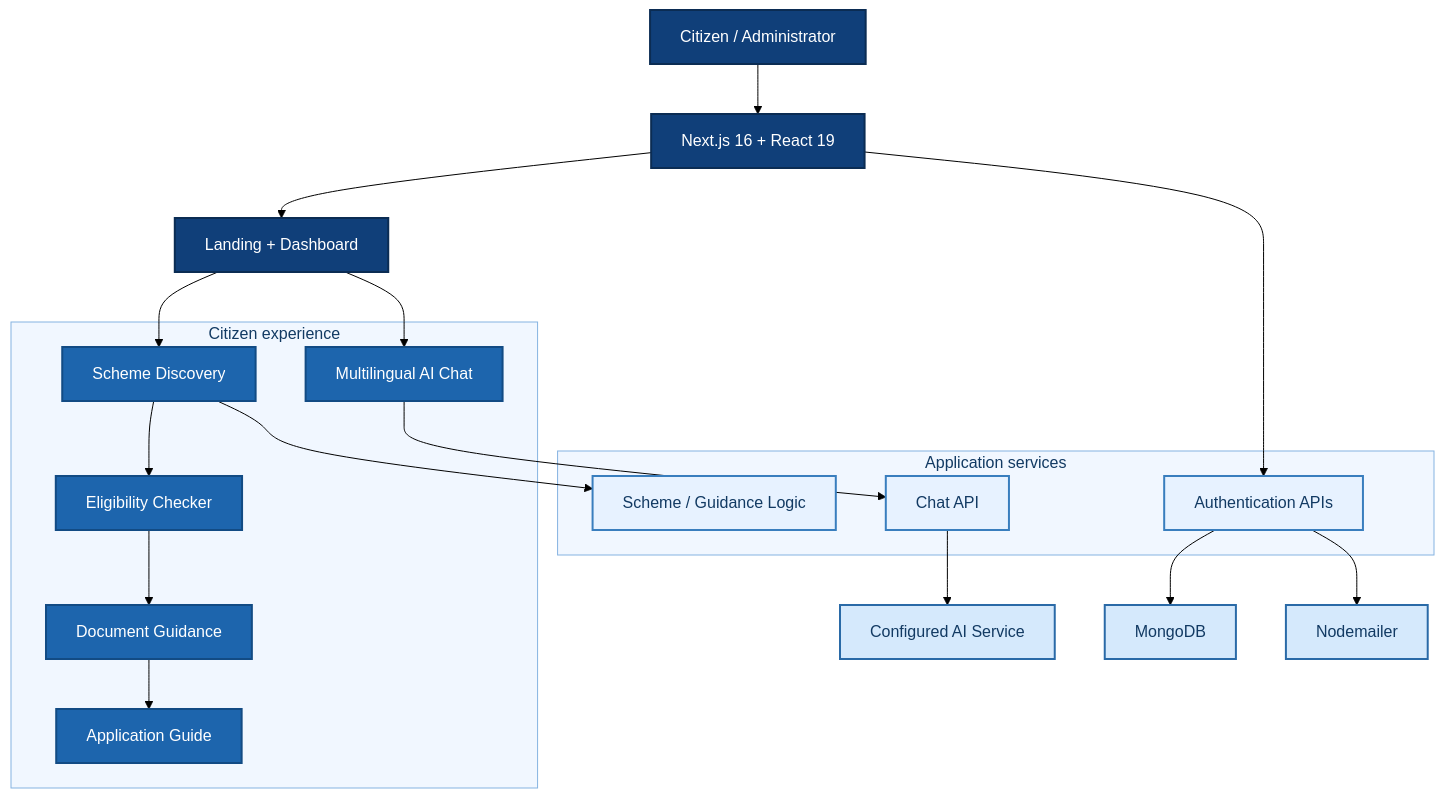
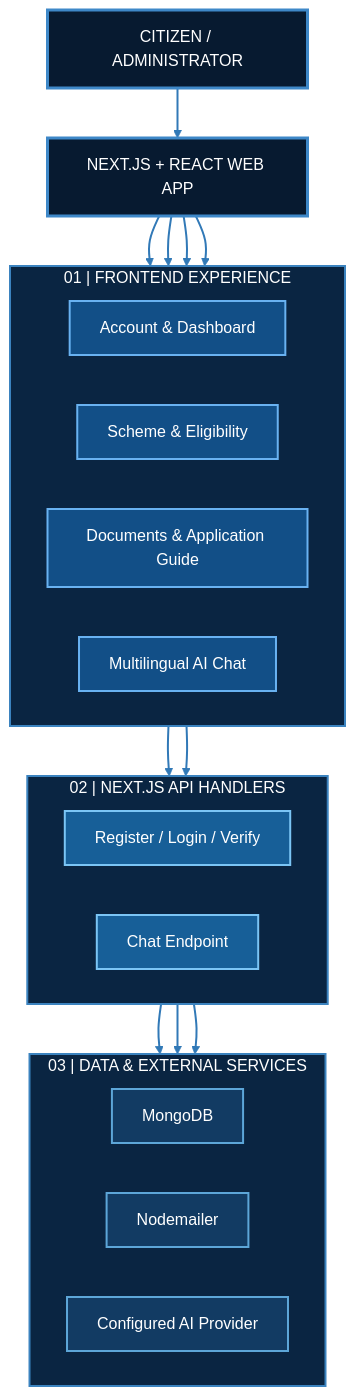
The first of 3 diagrams in README.md (ImmrAD/lokseva-mitra), drawn with Mermaid (forest theme) before and after one commit. The commit also changed other lines of this file, not shown here.

Commit message:
Refactor architecture diagrams and user journey flow in README.md for clarity and improved user guidance

````diff
--- a/README.md
+++ b/README.md
@@ -46,43 +46,50 @@
 ```mermaid
 flowchart TB
-    U["Citizen / Administrator"] --> UI["Next.js 16 + React 19"]
-    UI --> DASH["Landing + Dashboard"]
+    USER["CITIZEN / ADMINISTRATOR"] --> WEB["NEXT.JS + REACT WEB APP"]
 
-    subgraph EXPERIENCE["Citizen experience"]
-        SCHEME["Scheme Discovery"]
-        ELIG["Eligibility Checker"]
-        DOC["Document Guidance"]
-        GUIDE["Application Guide"]
-        CHAT["Multilingual AI Chat"]
+    subgraph FRONTEND["01  |  FRONTEND EXPERIENCE"]
+      direction LR
+      ACCOUNT["Account & Dashboard"]
+      SCHEMES["Scheme & Eligibility"]
+      GUIDE["Documents & Application Guide"]
+      CHAT["Multilingual AI Chat"]
     end
 
-    DASH --> SCHEME
-    SCHEME --> ELIG
-    ELIG --> DOC
-    DOC --> GUIDE
-    DASH --> CHAT
+    WEB --> ACCOUNT
+    WEB --> SCHEMES
+    WEB --> GUIDE
+    WEB --> CHAT
 
-    subgraph SERVER["Application services"]
-        AUTH["Authentication APIs"]
-        CHATAPI["Chat API"]
-        INFO["Scheme / Guidance Logic"]
+    subgraph HANDLERS["02  |  NEXT.JS API HANDLERS"]
+      direction LR
+      AUTH["Register / Login / Verify"]
+      CHATAPI["Chat Endpoint"]
     end
 
-    UI --> AUTH
+    ACCOUNT --> AUTH
     CHAT --> CHATAPI
-    SCHEME --> INFO
-    AUTH --> DB["MongoDB"]
-    AUTH --> EMAIL["Nodemailer"]
-    CHATAPI --> AI["Configured AI Service"]
 
-    classDef dark fill:#103F79,stroke:#0B2C53,stroke-width:2px,color:#FFFFFF;
-    classDef blue fill:#1D65AD,stroke:#124B84,stroke-width:2px,color:#FFFFFF;
-    classDef light fill:#E7F2FF,stroke:#397EBE,stroke-width:2px,color:#123A63;
-    classDef external fill:#D5E9FC,stroke:#2A6AA7,stroke-width:2px,color:#123A63;
-    class U,UI,DASH dark;
-    class SCHEME,ELIG,DOC,GUIDE,CHAT blue;
-    class AUTH,CHATAPI,INFO light;
-    class DB,EMAIL,AI external;
-    style EXPERIENCE fill:#F1F7FF,stroke:#85B3E1,color:#123A63
-    style SERVER fill:#F1F7FF,stroke:#85B3E1,color:#123A63
+    subgraph SERVICES["03  |  DATA & EXTERNAL SERVICES"]
+      direction LR
+      DB["MongoDB"]
+      MAIL["Nodemailer"]
+      MODEL["Configured AI Provider"]
+    end
+
+    AUTH --> DB
+    AUTH --> MAIL
+    CHATAPI --> MODEL
+
+    classDef entry fill:#071A30,stroke:#3E88C8,stroke-width:3px,color:#FFFFFF;
+    classDef interface fill:#124F87,stroke:#69B2F1,stroke-width:2px,color:#FFFFFF;
+    classDef handler fill:#175F98,stroke:#7BC5F5,stroke-width:2px,color:#FFFFFF;
+    classDef integration fill:#123B63,stroke:#5DA6D8,stroke-width:2px,color:#FFFFFF;
+    class USER,WEB entry;
+    class ACCOUNT,SCHEMES,GUIDE,CHAT interface;
+    class AUTH,CHATAPI handler;
+    class DB,MAIL,MODEL integration;
+    style FRONTEND fill:#0A2542,stroke:#3B83BF,stroke-width:2px,color:#FFFFFF
+    style HANDLERS fill:#0A2542,stroke:#3B83BF,stroke-width:2px,color:#FFFFFF
+    style SERVICES fill:#0A2542,stroke:#3B83BF,stroke-width:2px,color:#FFFFFF
+    linkStyle default stroke:#3179B7,stroke-width:2px
 ```
````
